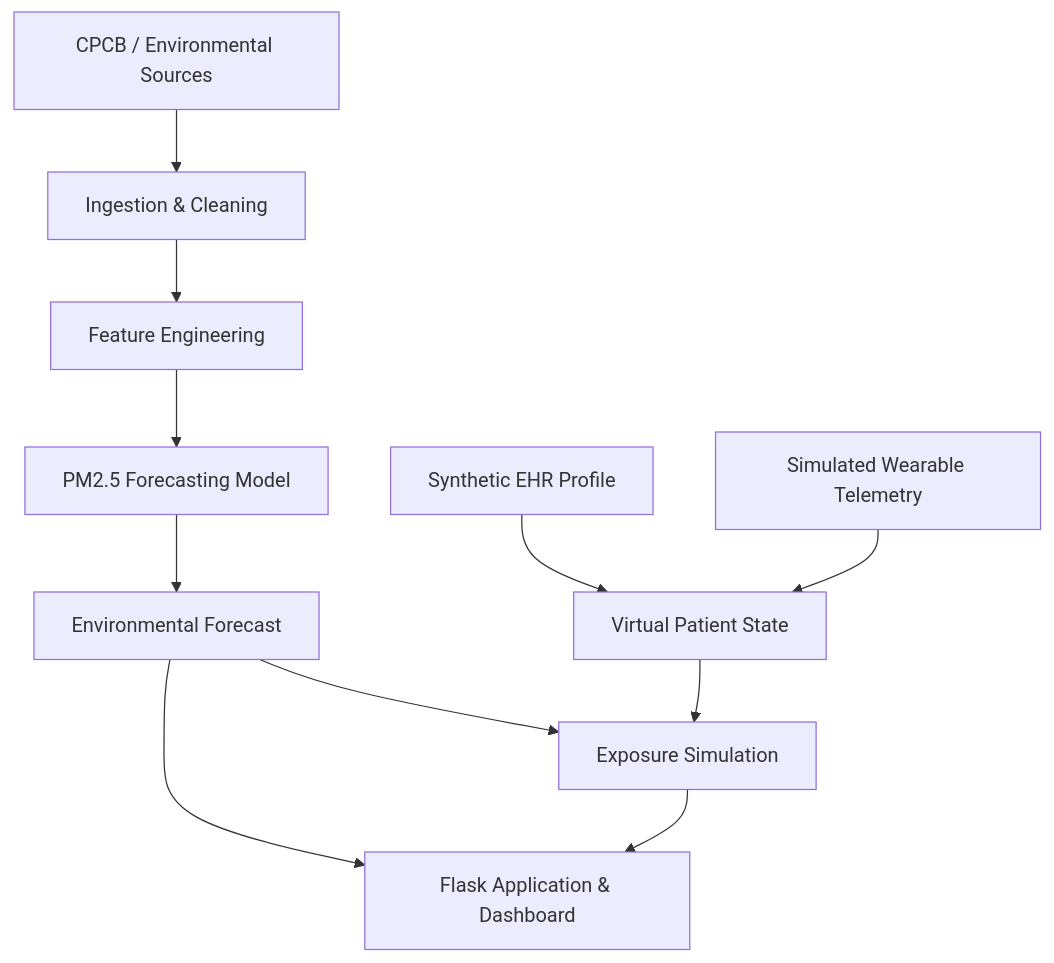
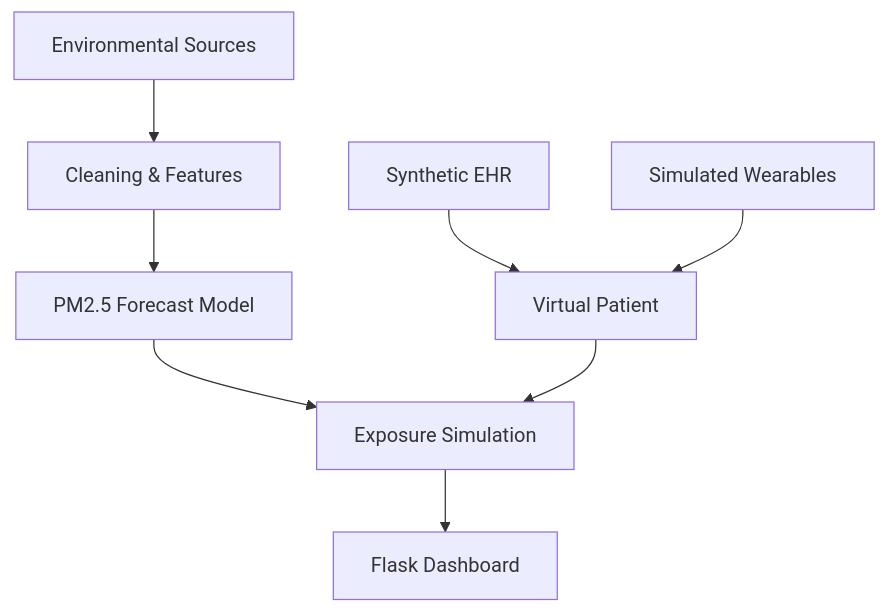
Before and after one commit to srivastavanandani190-lang/AeroTwin: the third of 3 diagrams in README.md, drawn with Mermaid. The commit also changed other lines of this file, not shown here.

````diff
--- a/README.md
+++ b/README.md
@@ -249,13 +159,10 @@
 ```mermaid
 flowchart TD
-    A["CPCB / Environmental Sources"] --> B["Ingestion & Cleaning"]
-    B --> C["Feature Engineering"]
-    C --> D["PM2.5 Forecasting Model"]
-    D --> E["Environmental Forecast"]
-    F["Synthetic EHR Profile"] --> H["Virtual Patient State"]
-    G["Simulated Wearable Telemetry"] --> H
-    E --> I["Exposure Simulation"]
-    H --> I
-    I --> J["Flask Application & Dashboard"]
-    E --> J
+    A["Environmental Sources"] --> B["Cleaning & Features"]
+    B --> C["PM2.5 Forecast Model"]
+    D["Synthetic EHR"] --> F["Virtual Patient"]
+    E["Simulated Wearables"] --> F
+    C --> G["Exposure Simulation"]
+    F --> G
+    G --> H["Flask Dashboard"]
 ```
````
